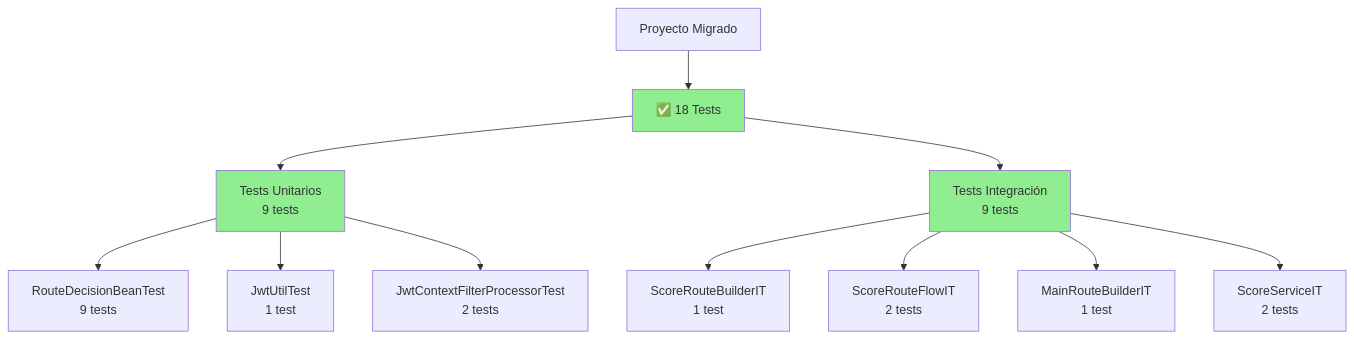
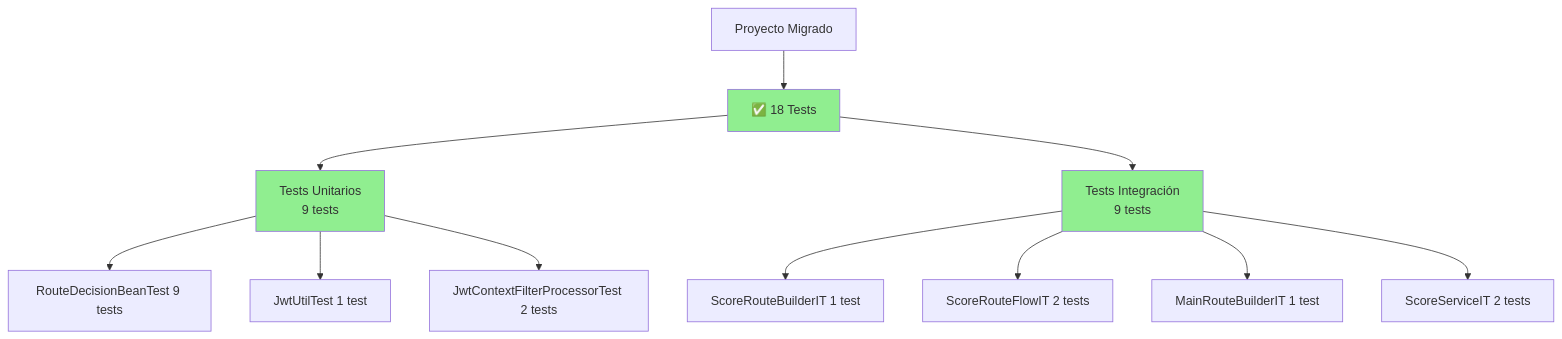
Before and after one commit to rrondinel/documents: diagram 19 of 27 in DIAGRAMAS_MERMAID_COMPARATIVOS.md, drawn with Mermaid. The commit also changed other lines of this file, not shown here.

````diff
--- a/DIAGRAMAS_MERMAID_COMPARATIVOS.md
+++ b/DIAGRAMAS_MERMAID_COMPARATIVOS.md
@@ -744,20 +744,20 @@
 ```mermaid
 graph TD
     A[Proyecto Migrado] --> B[✅ 18 Tests]
     
     B --> C[Tests Unitarios<br/>9 tests]
     B --> D[Tests Integración<br/>9 tests]
     
-    C --> C1[RouteDecisionBeanTest<br/>9 tests]
-    C --> C2[JwtUtilTest<br/>1 test]
-    C --> C3[JwtContextFilterProcessorTest<br/>2 tests]
+    C --> C1["RouteDecisionBeanTest 9 tests"]
+    C --> C2["JwtUtilTest 1 test"]
+    C --> C3["JwtContextFilterProcessorTest 2 tests"]
     
-    D --> D1[ScoreRouteBuilderIT<br/>1 test]
-    D --> D2[ScoreRouteFlowIT<br/>2 tests]
-    D --> D3[MainRouteBuilderIT<br/>1 test]
-    D --> D4[ScoreServiceIT<br/>2 tests]
+    D --> D1["ScoreRouteBuilderIT 1 test"]
+    D --> D2["ScoreRouteFlowIT 2 tests"]
+    D --> D3["MainRouteBuilderIT 1 test"]
+    D --> D4["ScoreServiceIT 2 tests"]
     
     style B fill:#90EE90
     style C fill:#90EE90
     style D fill:#90EE90
 ```
````
